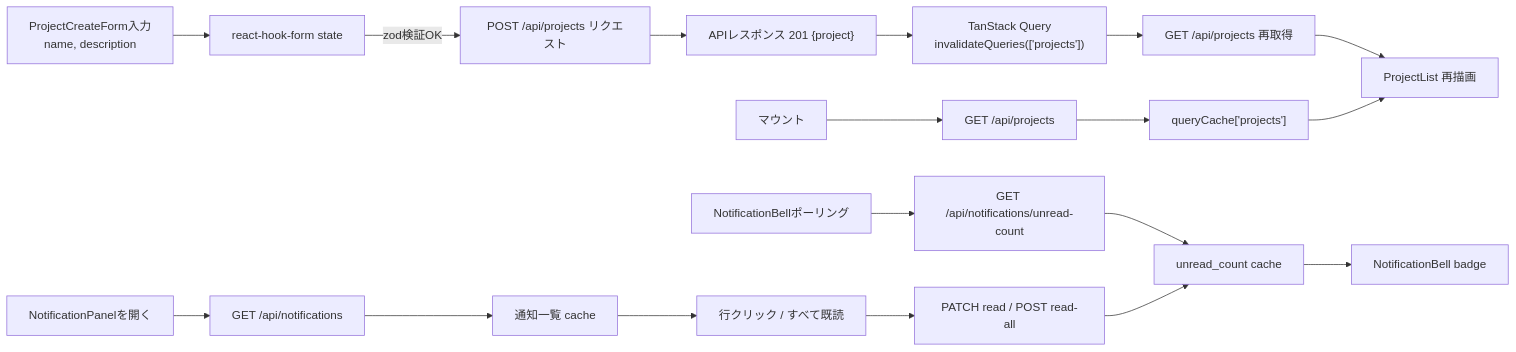
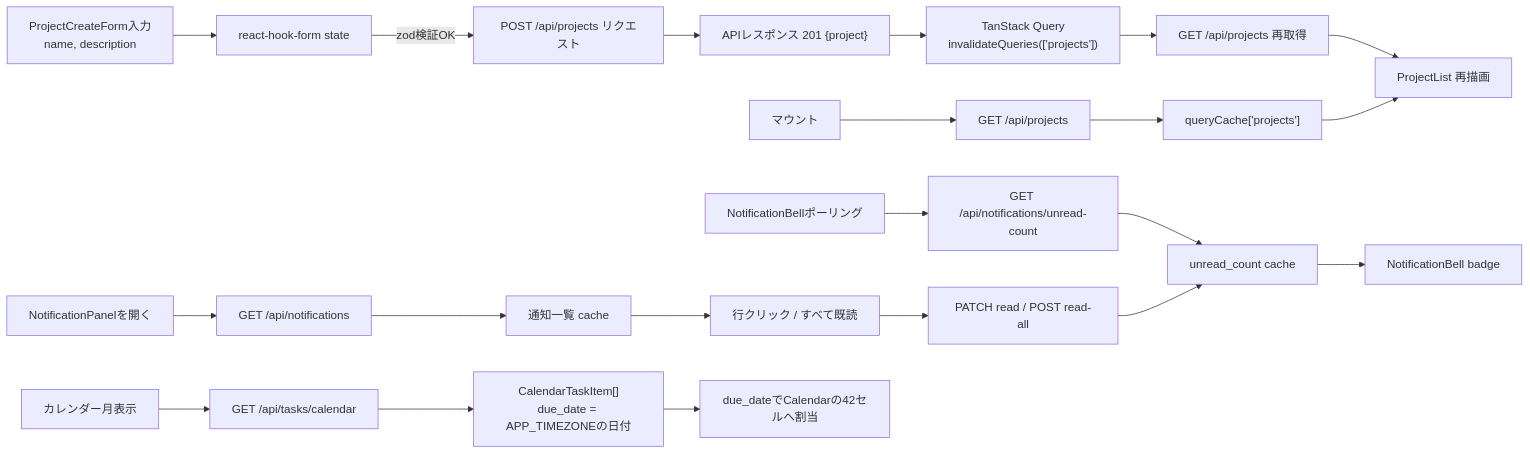
One commit to oikawa-d/task_management changed the fifth of 5 diagrams in docs/detailed_design/screen/06_dashboard.md. Above: the diagram before and after it, drawn with Mermaid. The commit also changed other lines of this file and 10 other files, not shown here.

````diff
--- a/docs/detailed_design/screen/06_dashboard.md
+++ b/docs/detailed_design/screen/06_dashboard.md
@@ -285,22 +288,26 @@
 ```mermaid
 flowchart LR
     A["ProjectCreateForm入力<br/>name, description"] --> B["react-hook-form state"]
     B -->|"zod検証OK"| C["POST /api/projects リクエスト"]
     C --> D["APIレスポンス 201 {project}"]
     D --> E["TanStack Query<br/>invalidateQueries(['projects'])"]
     E --> F["GET /api/projects 再取得"]
     F --> G["ProjectList 再描画"]
 
     H["マウント"] --> I["GET /api/projects"]
     I --> J["queryCache['projects']"]
     J --> G
 
     H2["NotificationBellポーリング"] --> I2["GET /api/notifications/unread-count"]
     I2 --> J2["unread_count cache"]
     J2 --> K2["NotificationBell badge"]
     L2["NotificationPanelを開く"] --> M2["GET /api/notifications"]
     M2 --> N2["通知一覧 cache"]
     N2 --> O2["行クリック / すべて既読"]
     O2 --> P2["PATCH read / POST read-all"]
     P2 --> J2
+
+    H3["カレンダー月表示"] --> I3["GET /api/tasks/calendar"]
+    I3 --> J3["CalendarTaskItem[]<br/>due_date = APP_TIMEZONEの日付"]
+    J3 --> K3["due_dateでCalendarの42セルへ割当"]
 ```
````
